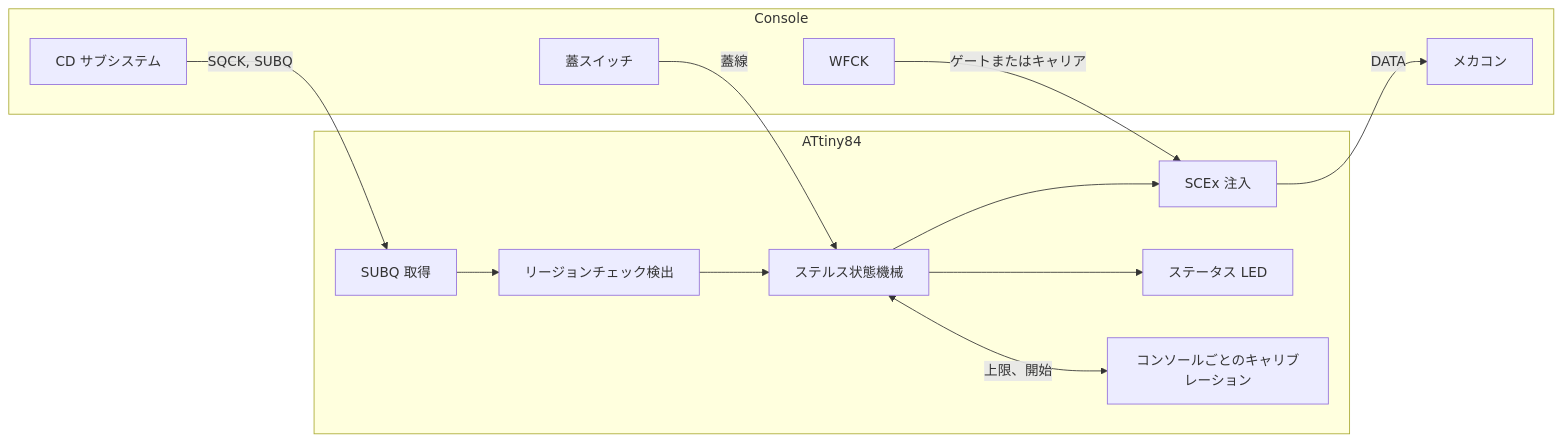
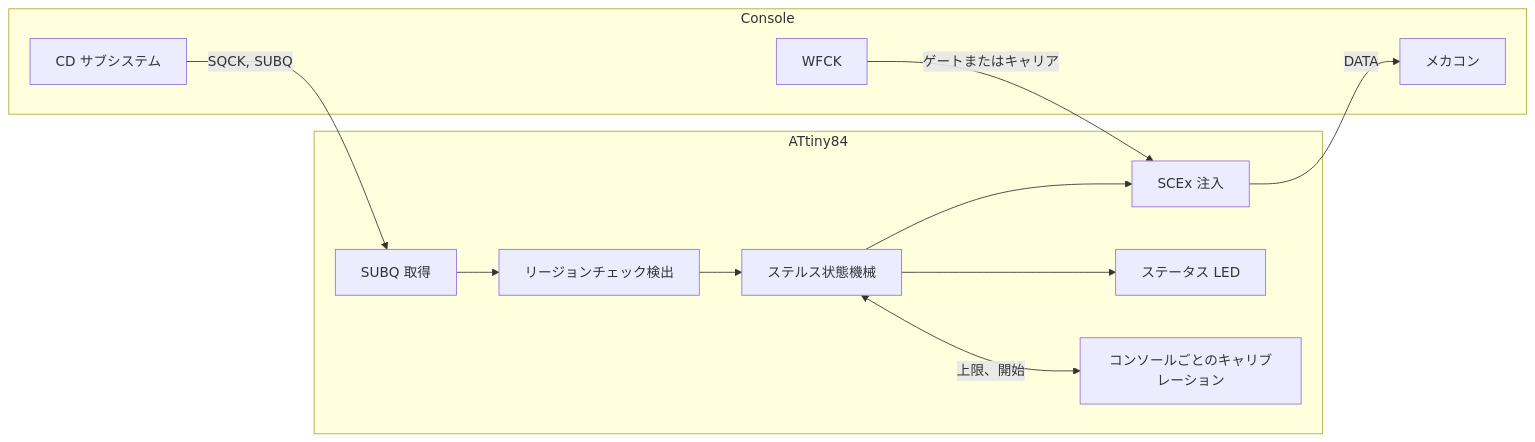
One commit to gufranco/openscex-modchip changed the diagram in README.ja.md. Above: the diagram before and after it, drawn with Mermaid. The commit also changed other lines of this file and 3 other files, not shown here.

````diff
--- a/README.ja.md
+++ b/README.ja.md
@@ -46,24 +46,22 @@
 ```mermaid
 graph LR
     subgraph Console
         CD[CD サブシステム]
-        LID[蓋スイッチ]
         WF[WFCK]
         MECH[メカコン]
     end
     subgraph ATtiny84
         CAP[SUBQ 取得]
         DET[リージョンチェック検出]
         ST[ステルス状態機械]
         INJ[SCEx 注入]
         LED[ステータス LED]
         CAL[コンソールごとのキャリブレーション]
     end
     CD -->|SQCK, SUBQ| CAP
     CAP --> DET --> ST --> INJ
     ST --> LED
     ST <-->|上限、開始| CAL
-    LID -->|蓋線| ST
     WF -->|ゲートまたはキャリア| INJ
     INJ -->|DATA| MECH
 ```
````
